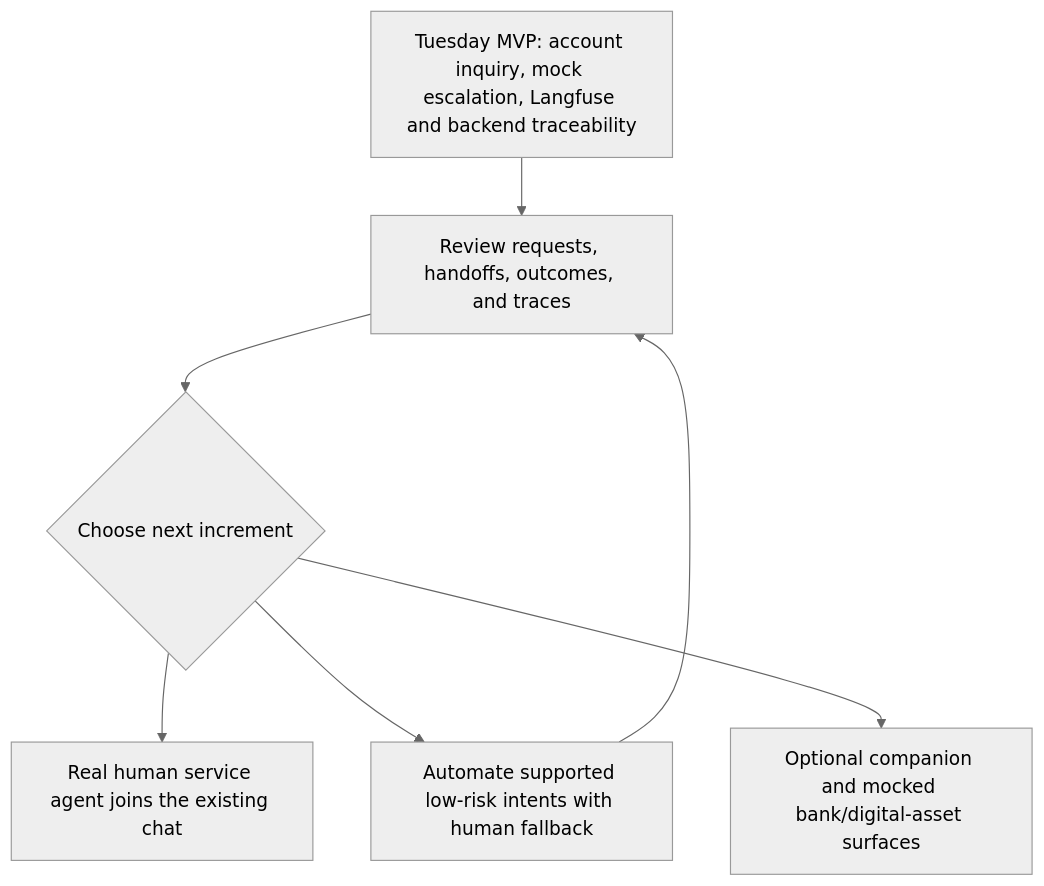
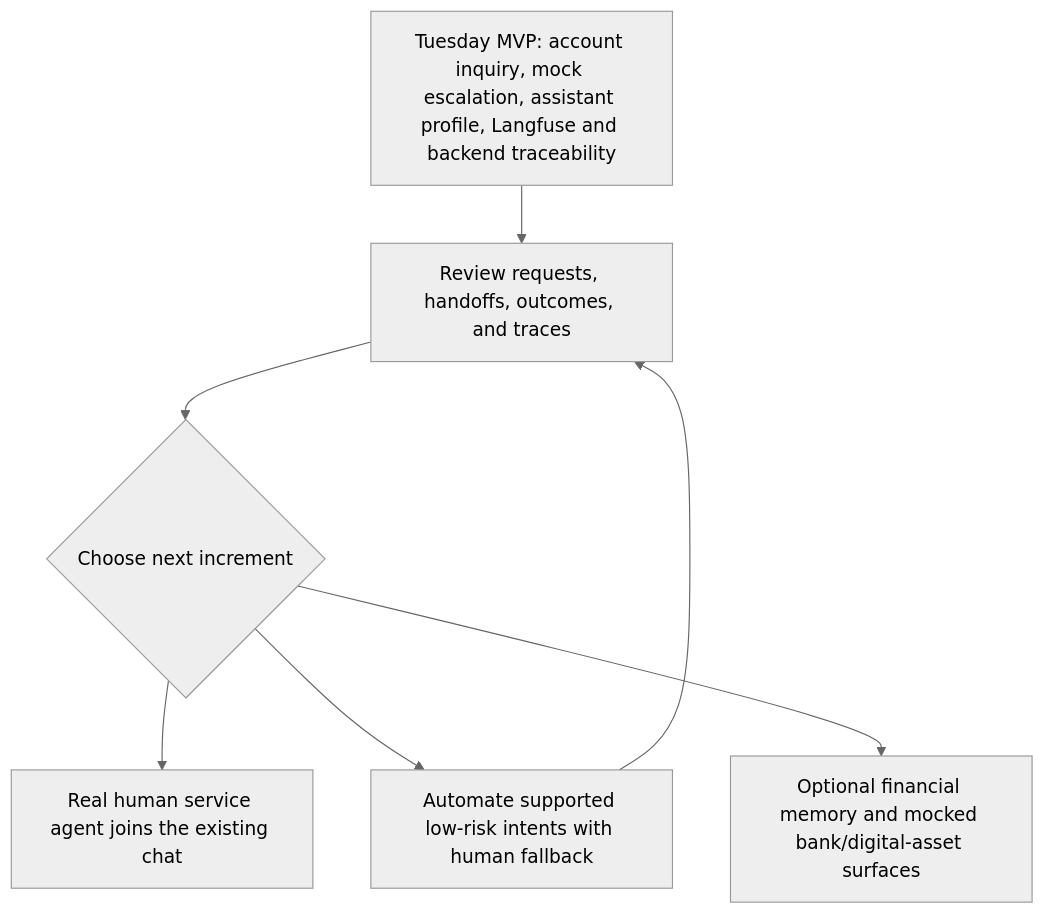
Before and after one commit to Youngermaster/factored-hackathon-2026-la-brasil-del-70: the second of 2 diagrams in docs/adr/0025-tuesday-account-inquiry-mvp-and-observability.md, drawn with Mermaid (neutral theme). The commit also changed other lines of this file and 6 other files, not shown here.

Commit message:
docs: include assistant profile in Tuesday MVP

````diff
--- a/docs/adr/0025-tuesday-account-inquiry-mvp-and-observability.md
+++ b/docs/adr/0025-tuesday-account-inquiry-mvp-and-observability.md
@@ -86,14 +92,14 @@
 ```mermaid
 flowchart TD
-    MVP[Tuesday MVP: account inquiry, mock escalation, Langfuse and backend traceability]
+    MVP[Tuesday MVP: account inquiry, mock escalation, assistant profile, Langfuse and backend traceability]
     REVIEW[Review requests, handoffs, outcomes, and traces]
     NEXT{Choose next increment}
     HUMAN[Real human service agent joins the existing chat]
     AUTO[Automate supported low-risk intents with human fallback]
-    LATER[Optional companion and mocked bank/digital-asset surfaces]
+    LATER[Optional financial memory and mocked bank/digital-asset surfaces]
 
     MVP --> REVIEW --> NEXT
     NEXT --> HUMAN
     NEXT --> AUTO --> REVIEW
     NEXT --> LATER
 ```
````
